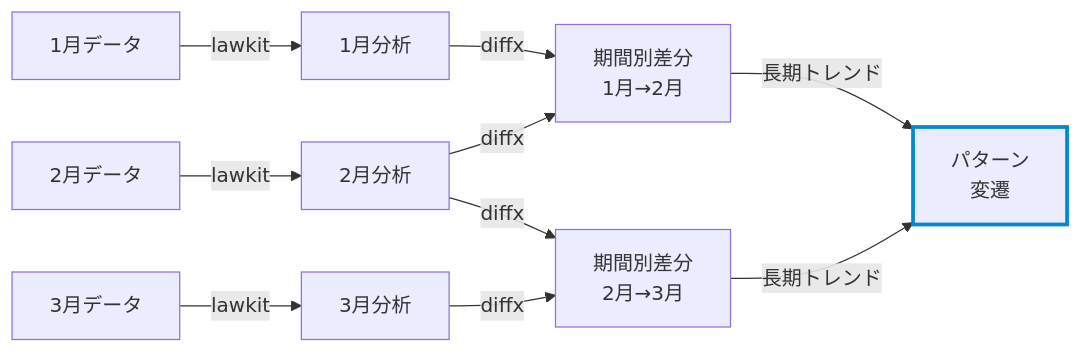
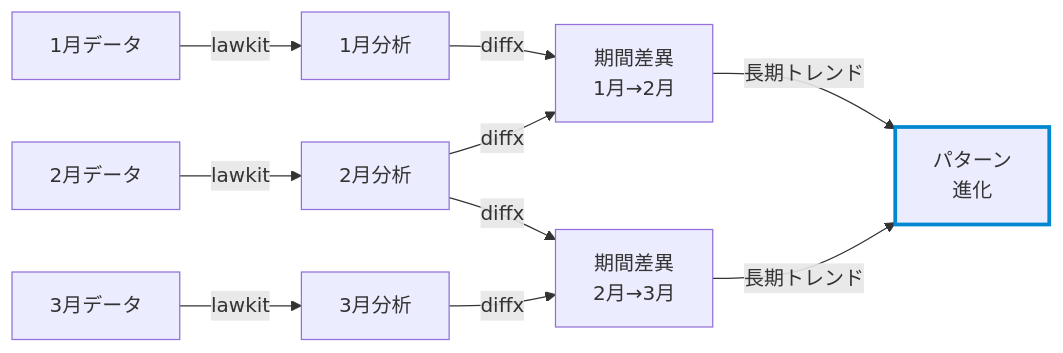
Before and after one commit to kako-jun/lawkit: the third of 3 diagrams in README_ja.md, drawn with Mermaid. The commit also changed other lines of this file and 39 other files, not shown here.

First line of the commit message:
update: Matrix 1 translation progress - completed architecture files

````diff
--- a/README_ja.md
+++ b/README_ja.md
@@ -445,16 +457,16 @@
 ```mermaid
 graph LR
     A[1月データ] -->|lawkit| B[1月分析]
     C[2月データ] -->|lawkit| D[2月分析]
     E[3月データ] -->|lawkit| F[3月分析]
     
-    B -->|diffx| G[期間別差分<br/>1月→2月]
+    B -->|diffx| G[期間差異<br/>1月→2月]
     D -->|diffx| G
-    D -->|diffx| H[期間別差分<br/>2月→3月]
+    D -->|diffx| H[期間差異<br/>2月→3月]
     F -->|diffx| H
     
-    G -->|長期トレンド| I[パターン<br/>変遷]
+    G -->|長期トレンド| I[パターン<br/>進化]
     H -->|長期トレンド| I
     
     style I stroke:#0288d1,stroke-width:3px
 ```
````
